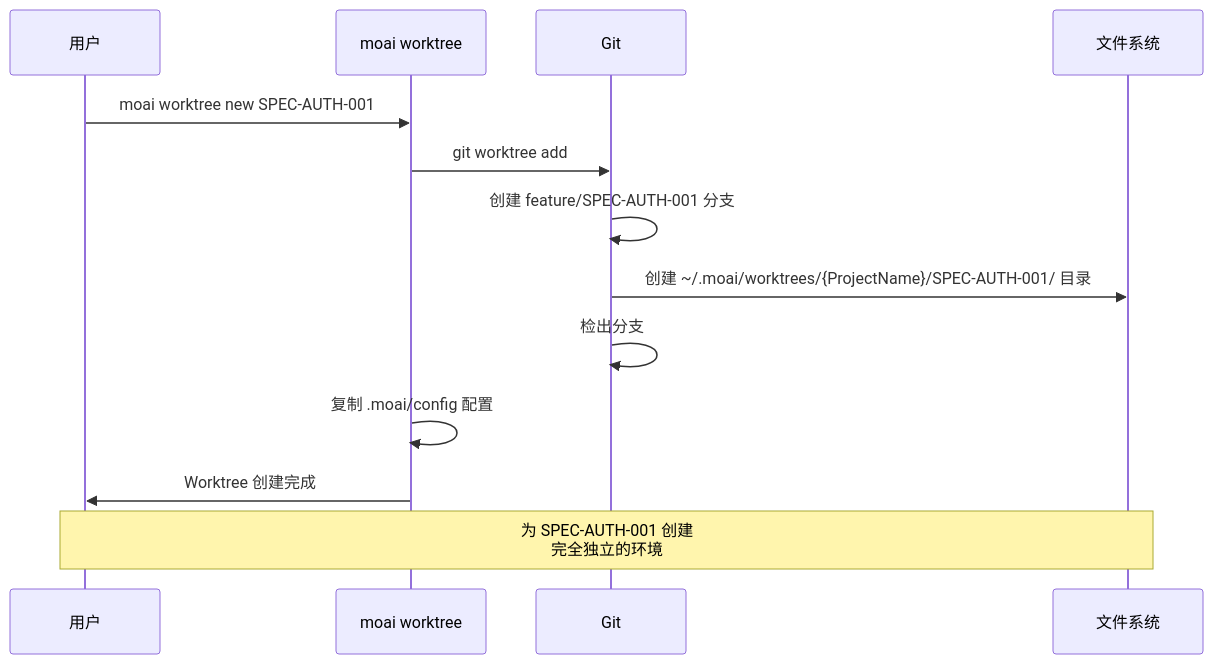
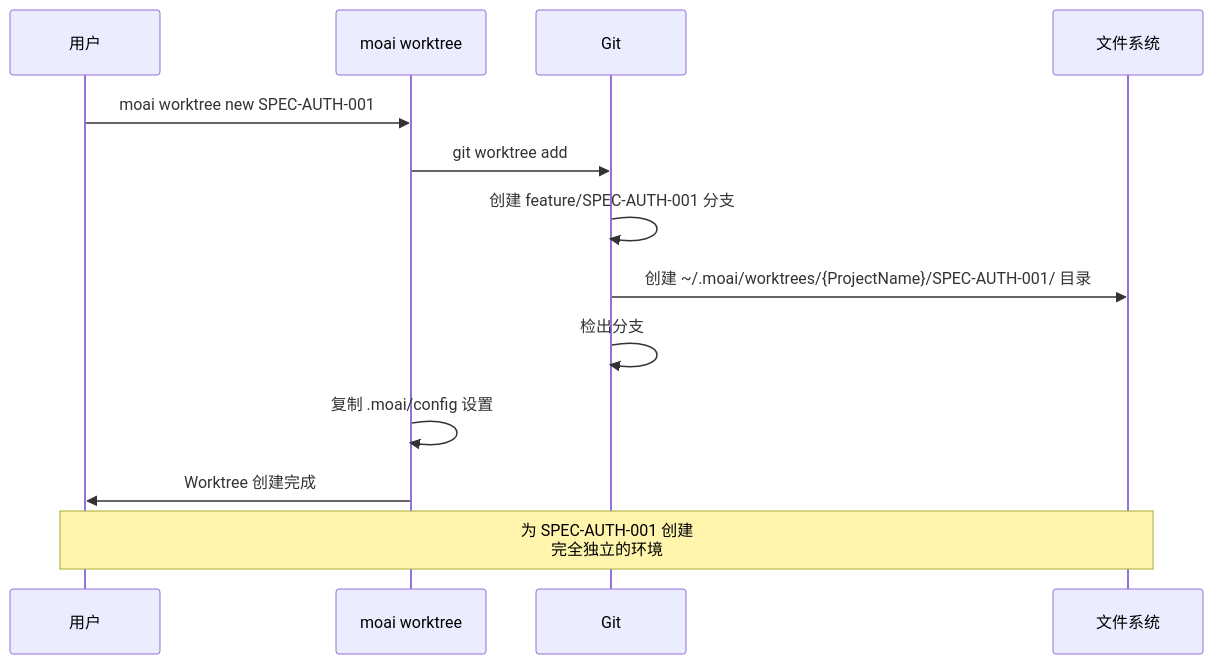
The second of 10 diagrams in docs-site/content/zh/worktree/guide.md (modu-ai/moai-adk), drawn with Mermaid before and after one commit. The commit also changed other lines of this file and 180 other files, not shown here.

````diff
--- a/docs-site/content/zh/worktree/guide.md
+++ b/docs-site/content/zh/worktree/guide.md
@@ -94,17 +94,17 @@
 ```mermaid
 sequenceDiagram
     participant User as 用户
     participant CLI as moai worktree
     participant Git as Git
     participant FS as 文件系统
 
     User->>CLI: moai worktree new SPEC-AUTH-001
     CLI->>Git: git worktree add
     Git->>Git: 创建 feature/SPEC-AUTH-001 分支
     Git->>FS: 创建 ~/.moai/worktrees/{ProjectName}/SPEC-AUTH-001/ 目录
     Git->>Git: 检出分支
-    CLI->>CLI: 复制 .moai/config 配置
+    CLI->>CLI: 复制 .moai/config 设置
     CLI->>User: Worktree 创建完成
 
     Note over User,FS: 为 SPEC-AUTH-001 创建<br/>完全独立的环境
 ```
````
